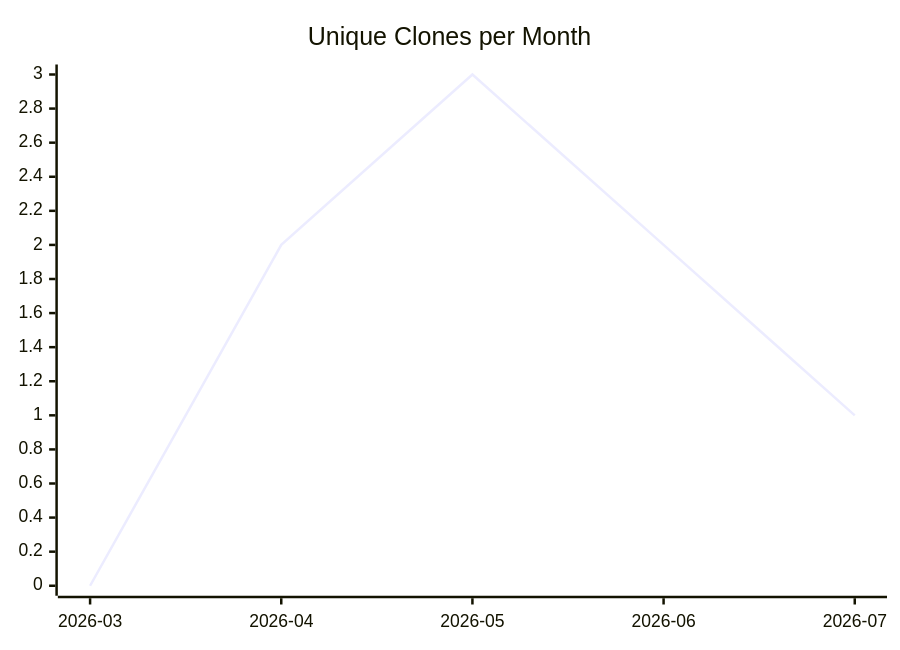
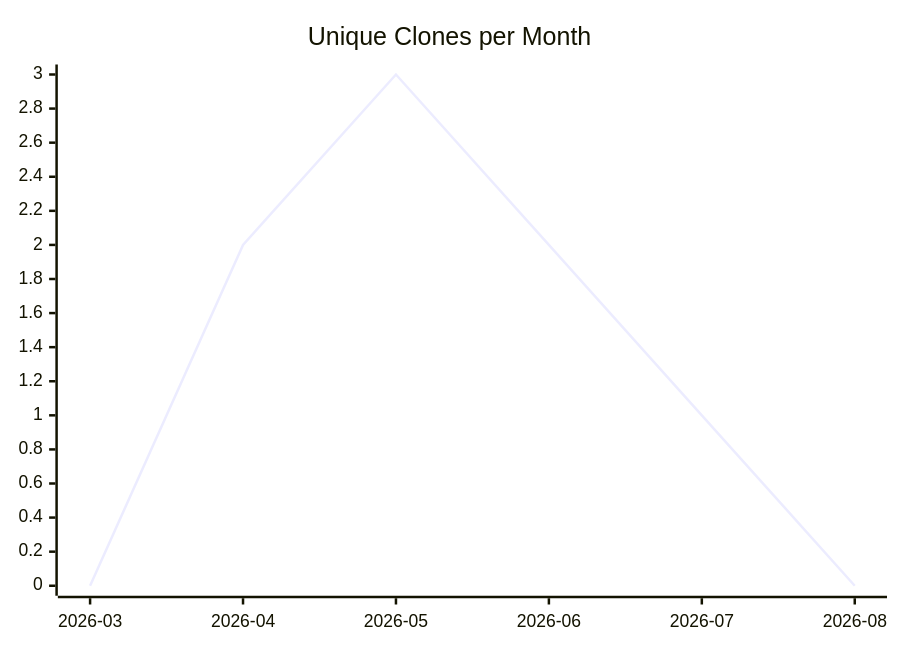
The third of 3 diagrams in karlmdavis/ldap-plugin/README.md (justdavis-family/github-analytics-data), drawn with Mermaid before and after one commit. The commit also changed other lines of this file and 163 other files, not shown here.

````diff
--- a/karlmdavis/ldap-plugin/README.md
+++ b/karlmdavis/ldap-plugin/README.md
@@ -19,6 +19,6 @@
 ```mermaid
 xychart-beta
   title "Unique Clones per Month"
-  x-axis ["2026-03", "2026-04", "2026-05", "2026-06", "2026-07"]
-  line [0, 2, 3, 2, 1]
+  x-axis ["2026-03", "2026-04", "2026-05", "2026-06", "2026-07", "2026-08"]
+  line [0, 2, 3, 2, 1, 0]
 ```
````
